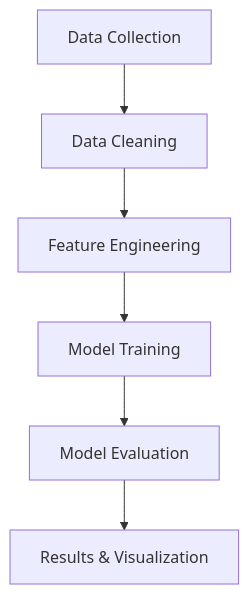
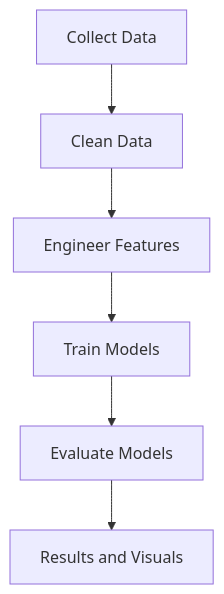
Before and after one commit to MarcoZengg/predicting-stock-direction: the diagram in README.md, drawn with Mermaid. The commit also changed other lines of this file, not shown here.

````diff
--- a/README.md
+++ b/README.md
@@ -105,9 +105,9 @@
 ```mermaid
 flowchart TB
-  data["Data Collection"]
-    --> cleaning["Data Cleaning"]
-    --> features["Feature Engineering"]
-    --> models["Model Training"]
-    --> evaluation["Model Evaluation"]
-    --> results["Results & Visualization"]
+  data["Collect Data"]
+    --> cleaning["Clean Data"]
+    --> features["Engineer Features"]
+    --> models["Train Models"]
+    --> evaluation["Evaluate Models"]
+    --> results["Results and Visuals"]
 ```
````
